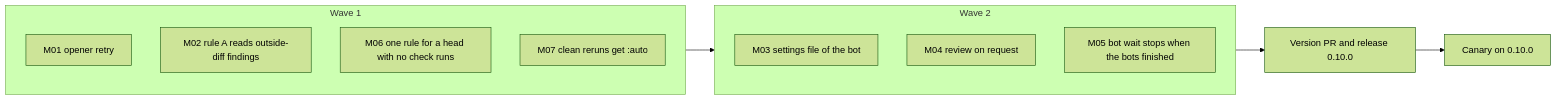
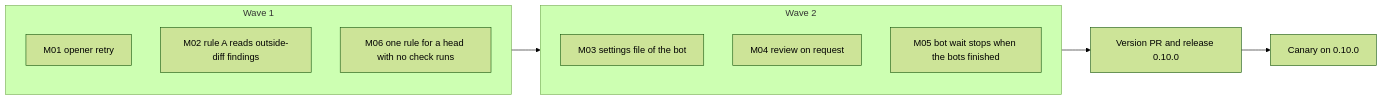
Before and after one commit to alfhen/agent-pr-pipeline: the diagram in docs/plan-0.10.0.md, drawn with Mermaid (forest theme). The commit also changed other lines of this file, not shown here.

````diff
--- a/docs/plan-0.10.0.md
+++ b/docs/plan-0.10.0.md
@@ -77,15 +84,14 @@
 ```mermaid
 flowchart LR
   subgraph W1[Wave 1]
     M01[M01 opener retry]
     M02[M02 rule A reads outside-diff findings]
     M06[M06 one rule for a head with no check runs]
-    M07[M07 clean reruns get :auto]
   end
   subgraph W2[Wave 2]
     M03[M03 settings file of the bot]
     M04[M04 review on request]
     M05[M05 bot wait stops when the bots finished]
   end
   W1 --> W2 --> V[Version PR and release 0.10.0] --> C[Canary on 0.10.0]
 ```
````
